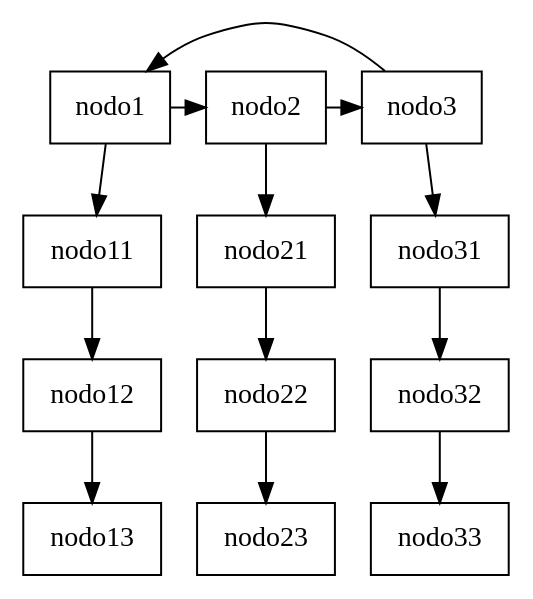
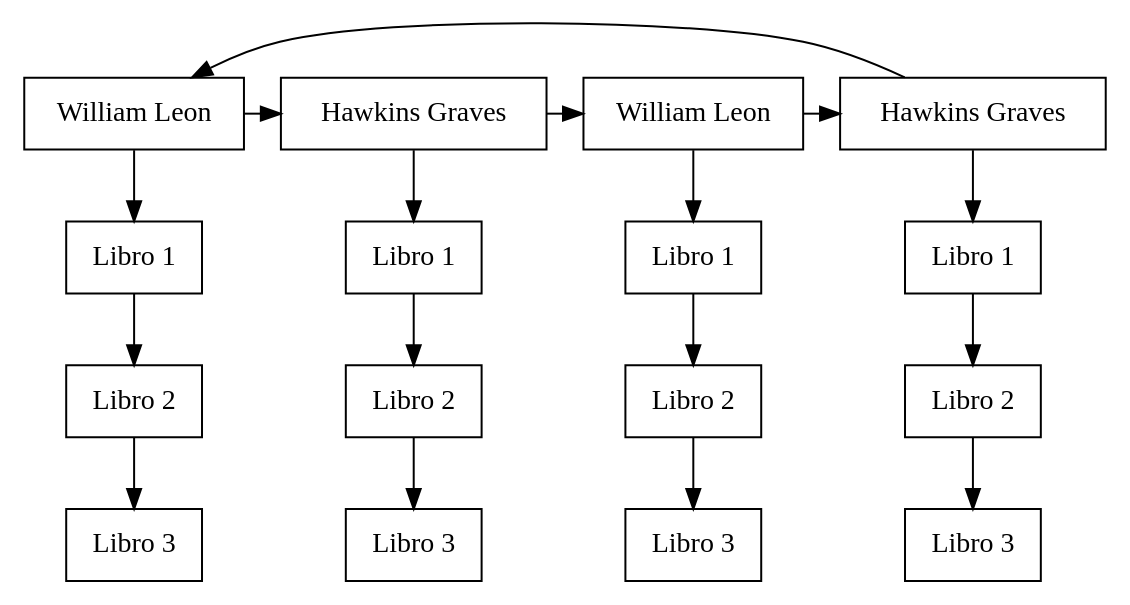
Before and after one commit to bryan967132/EDD_junioProyecto1_201908355: the diagram in Dot/ListaDeLista.dot, drawn with Graphviz. The commit also changed 3 other files, not shown here.

```diff
--- a/Dot/ListaDeLista.dot
+++ b/Dot/ListaDeLista.dot
@@ -1,18 +1,35 @@
 digraph G {
-    node[shape="box"]
+    node[shape="box"];
+    nodo0 [label="William Leon"];
+    nodo1 [label="Hawkins Graves"];
+    nodo2 [label="William Leon"];
+    nodo3 [label="Hawkins Graves"];
+    subgraph subNodo0 {
+        nodo00[label="Libro 1"];
+        nodo01[label="Libro 2"];
+        nodo02[label="Libro 3"];
+        nodo0 -> nodo00 -> nodo01 -> nodo02;
+    }
     subgraph subNodo1 {
-        nodo1 -> nodo11 -> nodo12 -> nodo13
+        nodo10[label="Libro 1"];
+        nodo11[label="Libro 2"];
+        nodo12[label="Libro 3"];
+        nodo1 -> nodo10 -> nodo11 -> nodo12;
     }
     subgraph subNodo2 {
-        nodo2 -> nodo21 -> nodo22 -> nodo23
+        nodo20[label="Libro 1"];
+        nodo21[label="Libro 2"];
+        nodo22[label="Libro 3"];
+        nodo2 -> nodo20 -> nodo21 -> nodo22;
     }
     subgraph subNodo3 {
-        nodo3 -> nodo31 -> nodo32 -> nodo33
+        nodo30[label="Libro 1"];
+        nodo31[label="Libro 2"];
+        nodo32[label="Libro 3"];
+        nodo3 -> nodo30 -> nodo31 -> nodo32;
     }
     {
         rank=same;
-        nodo1 -> nodo2;
-        nodo2 -> nodo3;
-        nodo3 -> nodo1;
+        nodo0 -> nodo1 -> nodo2 -> nodo3 -> nodo0;
     }
 }
```
